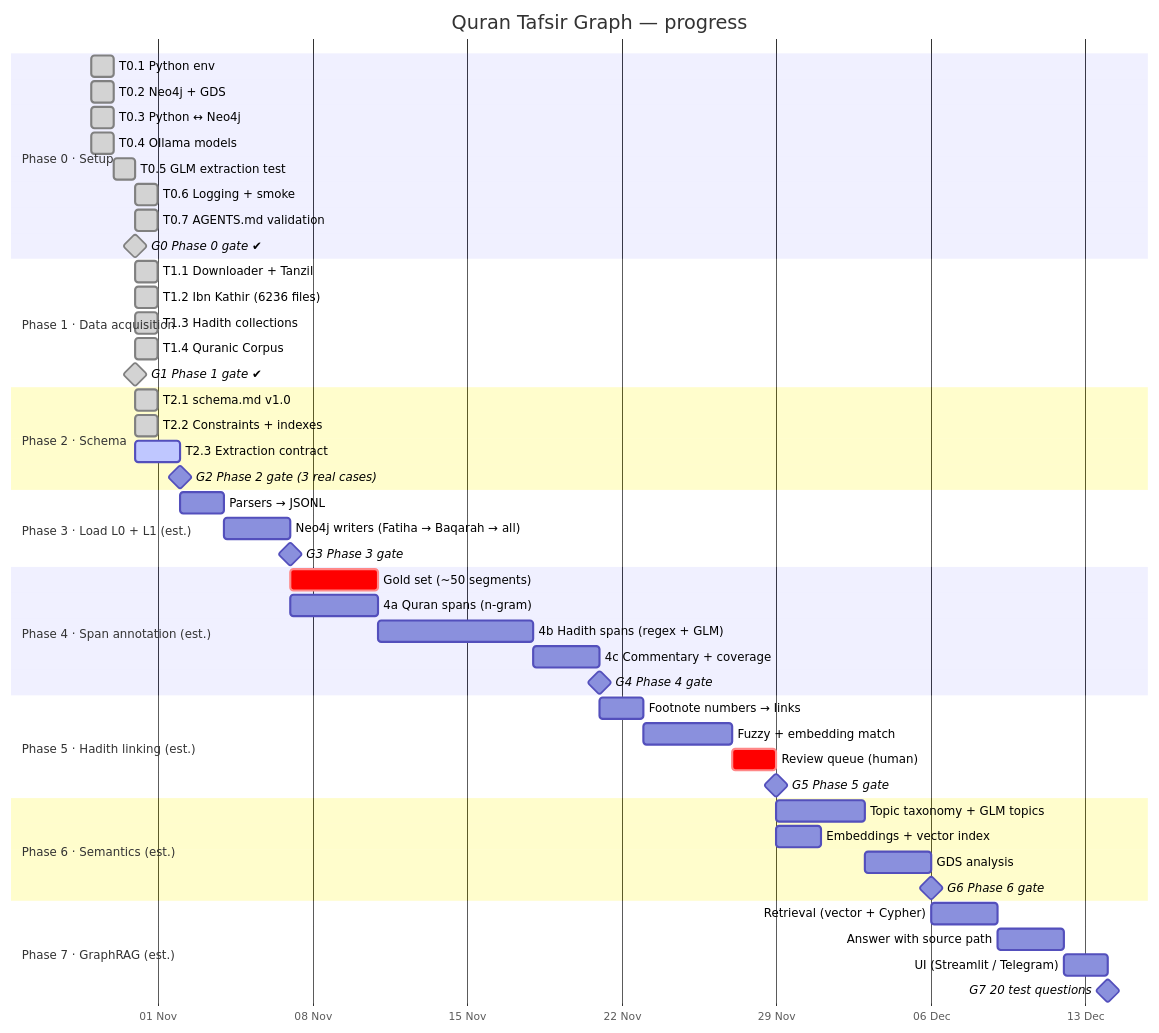
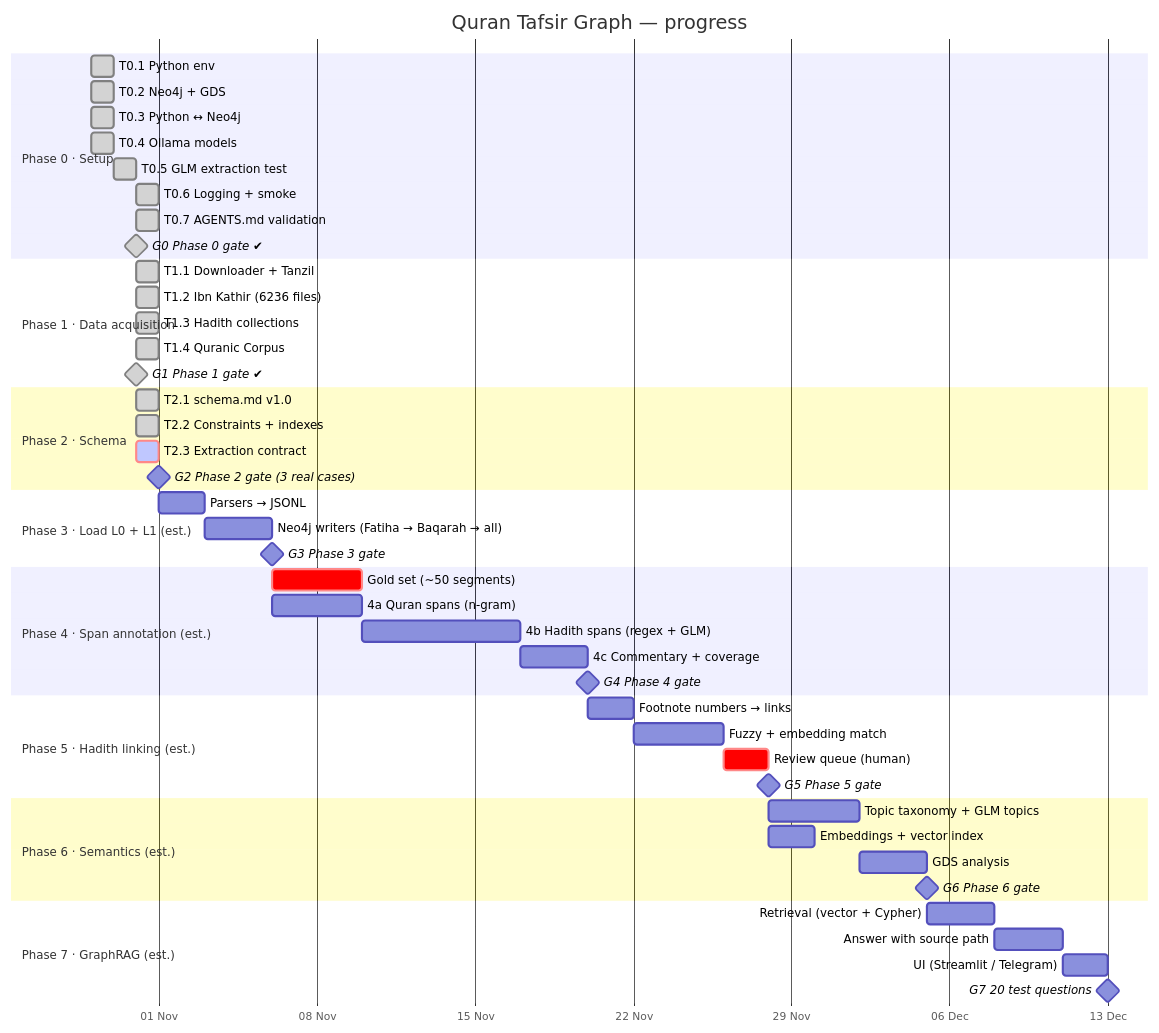
One commit to mohamed-soubhi/quran-graph changed the diagram in docs/GANTT.md. Above: the diagram before and after it, drawn with Mermaid. The commit also changed other lines of this file and 5 other files, not shown here.

````diff
--- a/docs/GANTT.md
+++ b/docs/GANTT.md
@@ -9,60 +9,60 @@
 ```mermaid
 gantt
     title Quran Tafsir Graph — progress
     dateFormat YYYY-MM-DD
     axisFormat %d %b
     todayMarker stroke-width:3px,stroke:#d33
 
     section Phase 0 · Setup
     T0.1 Python env                 :done, t01, 2026-10-29, 1d
     T0.2 Neo4j + GDS                :done, t02, 2026-10-29, 1d
     T0.3 Python ↔ Neo4j             :done, t03, 2026-10-29, 1d
     T0.4 Ollama models              :done, t04, 2026-10-29, 1d
     T0.5 GLM extraction test        :done, t05, 2026-10-30, 1d
     T0.6 Logging + smoke            :done, t06, 2026-10-31, 1d
     T0.7 AGENTS.md validation       :done, t07, 2026-10-31, 1d
     G0 Phase 0 gate ✔               :milestone, done, g0, 2026-10-31, 0d
 
     section Phase 1 · Data acquisition
     T1.1 Downloader + Tanzil        :done, t11, 2026-10-31, 1d
     T1.2 Ibn Kathir (6236 files)    :done, t12, 2026-10-31, 1d
     T1.3 Hadith collections         :done, t13, 2026-10-31, 1d
     T1.4 Quranic Corpus            :done, t14, 2026-10-31, 1d
     G1 Phase 1 gate ✔               :milestone, done, g1, 2026-10-31, 0d
 
     section Phase 2 · Schema
     T2.1 schema.md v1.0            :done, t21, 2026-10-31, 1d
     T2.2 Constraints + indexes      :done, t22, 2026-10-31, 1d
-    T2.3 Extraction contract        :active, t23, 2026-10-31, 2d
+    T2.3 Extraction contract        :crit, active, t23, 2026-10-31, 1d
     G2 Phase 2 gate (3 real cases)  :milestone, g2, after t23, 0d
 
     section Phase 3 · Load L0 + L1 (est.)
     Parsers → JSONL                 :p3a, after g2, 2d
     Neo4j writers (Fatiha → Baqarah → all) :p3b, after p3a, 3d
     G3 Phase 3 gate                 :milestone, g3, after p3b, 0d
 
     section Phase 4 · Span annotation (est.)
     Gold set (~50 segments)         :crit, p4g, after g3, 4d
     4a Quran spans (n-gram)         :p4a, after g3, 4d
     4b Hadith spans (regex + GLM)   :p4b, after p4a, 7d
     4c Commentary + coverage        :p4c, after p4b, 3d
     G4 Phase 4 gate                 :milestone, g4, after p4c, 0d
 
     section Phase 5 · Hadith linking (est.)
     Footnote numbers → links        :p5a, after g4, 2d
     Fuzzy + embedding match         :p5b, after p5a, 4d
     Review queue (human)            :crit, p5c, after p5b, 2d
     G5 Phase 5 gate                 :milestone, g5, after p5c, 0d
 
     section Phase 6 · Semantics (est.)
     Topic taxonomy + GLM topics     :p6a, after g5, 4d
     Embeddings + vector index       :p6b, after g5, 2d
     GDS analysis                    :p6c, after p6a, 3d
     G6 Phase 6 gate                 :milestone, g6, after p6c, 0d
 
     section Phase 7 · GraphRAG (est.)
     Retrieval (vector + Cypher)     :p7a, after g6, 3d
     Answer with source path         :p7b, after p7a, 3d
     UI (Streamlit / Telegram)       :p7c, after p7b, 2d
     G7 20 test questions            :milestone, g7, after p7c, 0d
 ```
````
